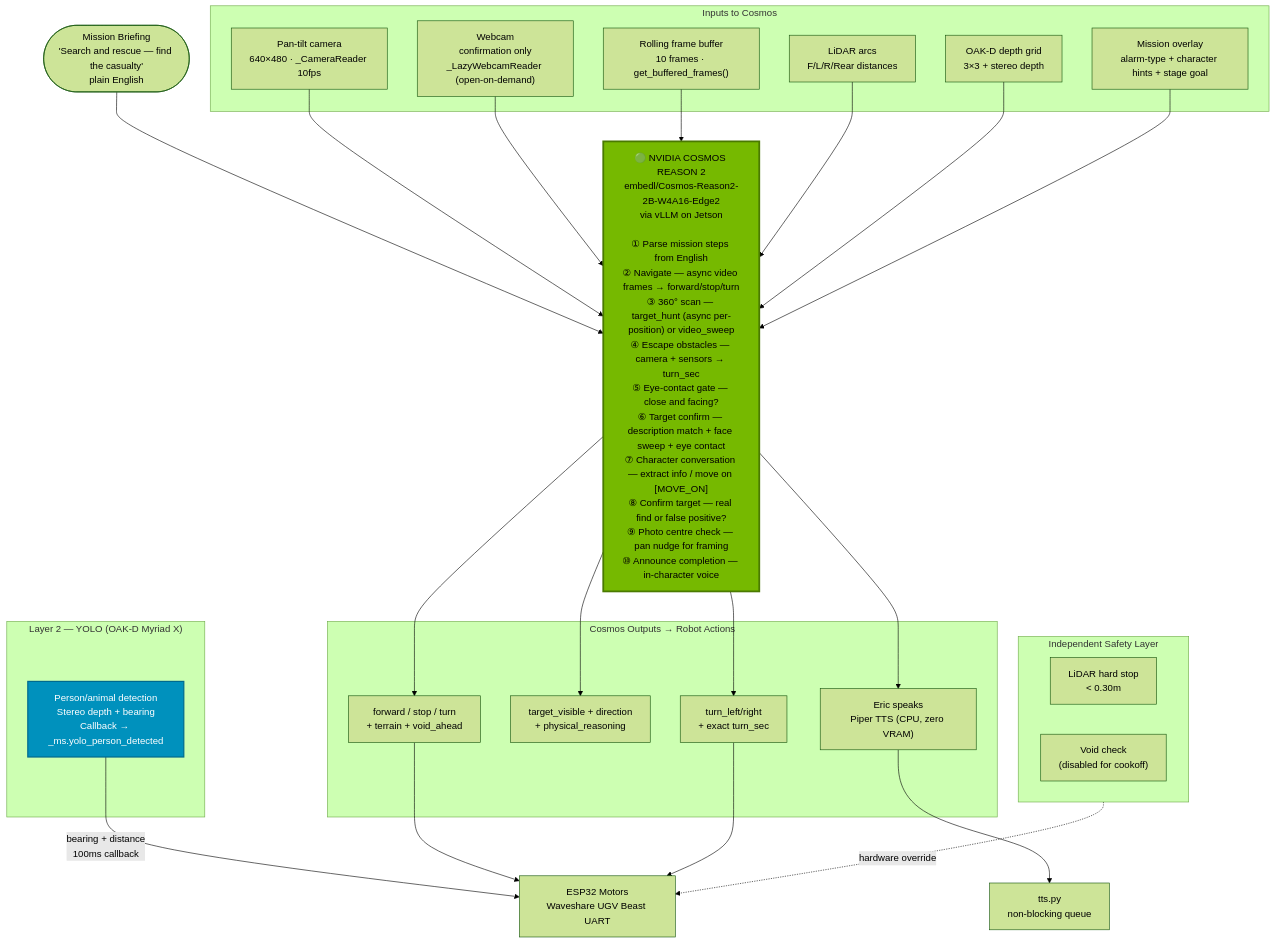
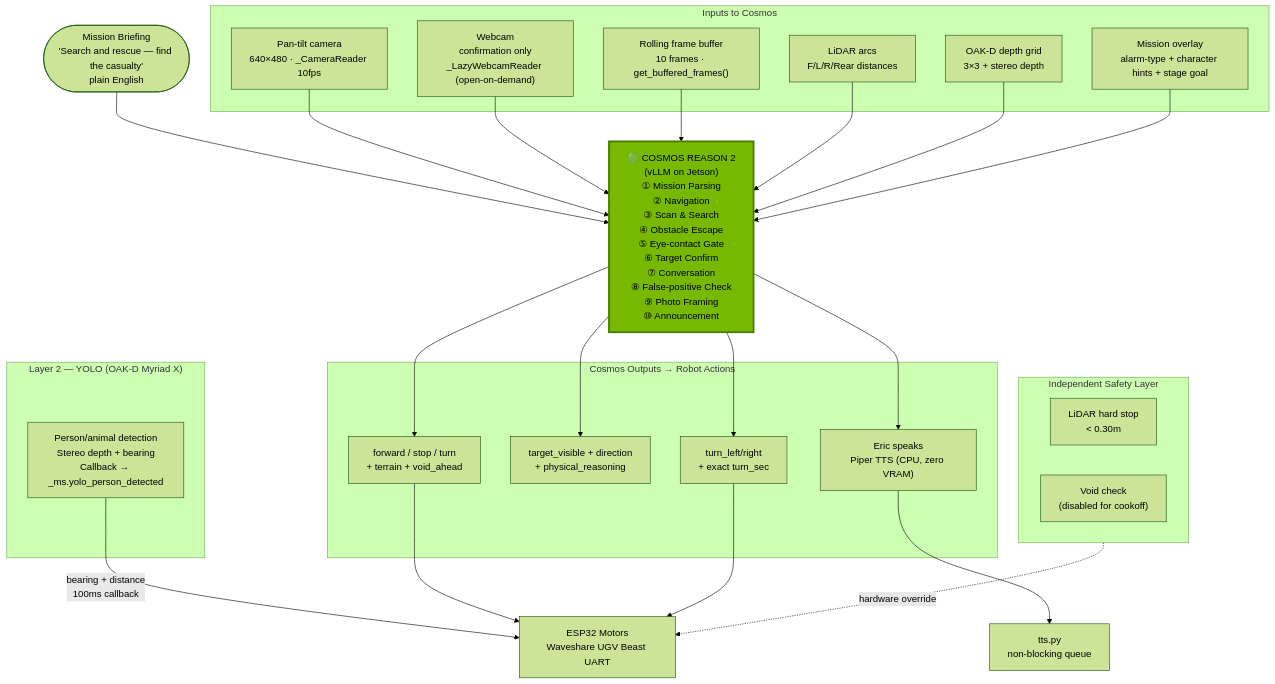
One commit to OppaAI/eric changed the diagram in README.md. Above: the diagram before and after it, drawn with Mermaid (forest theme). The commit also changed other lines of this file, not shown here.

````diff
--- a/README.md
+++ b/README.md
@@ -57,43 +57,53 @@
 ```mermaid
 flowchart TD
     BRIEFING(["Mission Briefing\n'Search and rescue — find the casualty'\nplain English"])
 
-    COSMOS["🟢 NVIDIA COSMOS REASON 2\nembedl/Cosmos-Reason2-2B-W4A16-Edge2\nvia vLLM on Jetson\n\n① Parse mission steps from English\n② Navigate — async video frames → forward/stop/turn\n③ 360° scan — target_hunt (async per-position) or video_sweep\n④ Escape obstacles — camera + sensors → turn_sec\n⑤ Eye-contact gate — close and facing?\n⑥ Target confirm — description match + face sweep + eye contact\n⑦ Character conversation — extract info / move on [MOVE_ON]\n⑧ Confirm target — real find or false positive?\n⑨ Photo centre check — pan nudge for framing\n⑩ Announce completion — in-character voice"]
+    COSMOS["🟢 COSMOS REASON 2
+(vLLM on Jetson)
+① Mission Parsing
+② Navigation
+③ Scan & Search
+④ Obstacle Escape
+⑤ Eye-contact Gate
+⑥ Target Confirm
+⑦ Conversation
+⑧ False-positive Check
+⑨ Photo Framing
+⑩ Announcement"]
 
     style COSMOS fill:#76b900,color:#000,stroke:#4a7a00,stroke-width:3px
 
     subgraph INPUTS["Inputs to Cosmos"]
         CAM["Pan-tilt camera\n640×480 · _CameraReader 10fps"]
         WC["Webcam\nconfirmation only\n_LazyWebcamReader (open-on-demand)"]
         BUF["Rolling frame buffer\n10 frames · get_buffered_frames()"]
         LIDAR["LiDAR arcs\nF/L/R/Rear distances"]
         OAKD["OAK-D depth grid\n3×3 + stereo depth"]
         OVERLAY["Mission overlay\nalarm-type + character hints + stage goal"]
     end
 
     subgraph LAYER2["Layer 2 — YOLO (OAK-D Myriad X)"]
         YOLO["Person/animal detection\nStereo depth + bearing\nCallback → _ms.yolo_person_detected"]
-        style YOLO fill:#0091BD,color:#fff,stroke:#006a8e,stroke-width:2px
     end
 
     subgraph OUTPUTS["Cosmos Outputs → Robot Actions"]
         NAV["forward / stop / turn\n+ terrain + void_ahead"]
         TARGET["target_visible + direction\n+ physical_reasoning"]
         ESCAPE["turn_left/right\n+ exact turn_sec"]
         SPEECH["Eric speaks\nPiper TTS (CPU, zero VRAM)"]
     end
 
     subgraph SAFETY["Independent Safety Layer"]
         LIDAR_S["LiDAR hard stop\n< 0.30m"]
         VOID["Void check\n(disabled for cookoff)"]
     end
 
     BRIEFING --> COSMOS
     CAM & WC & BUF & LIDAR & OAKD & OVERLAY --> COSMOS
     COSMOS --> NAV & TARGET & ESCAPE & SPEECH
     YOLO -->|"bearing + distance\n100ms callback"| MOTORS
     SAFETY -.->|"hardware override"| MOTORS
 
     NAV & ESCAPE --> MOTORS["ESP32 Motors\nWaveshare UGV Beast UART"]
     SPEECH --> TTS["tts.py\nnon-blocking queue"]
 ```
````
